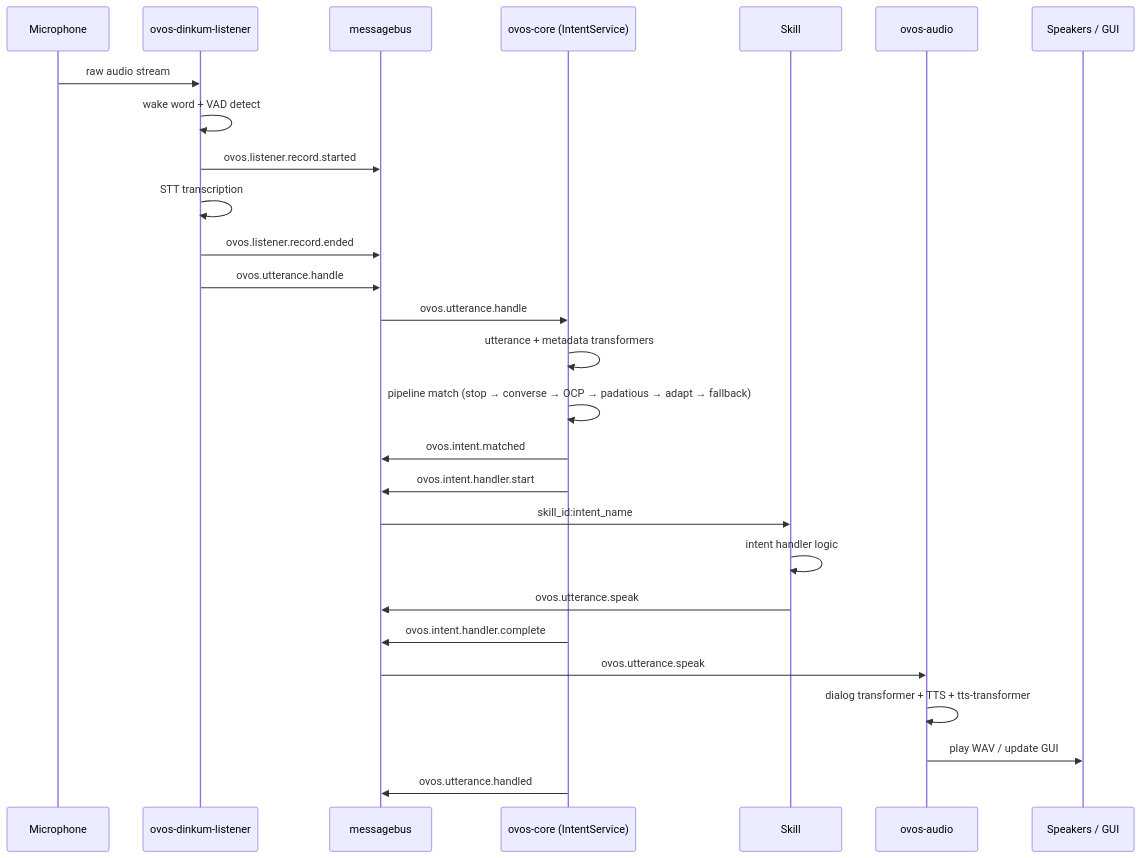
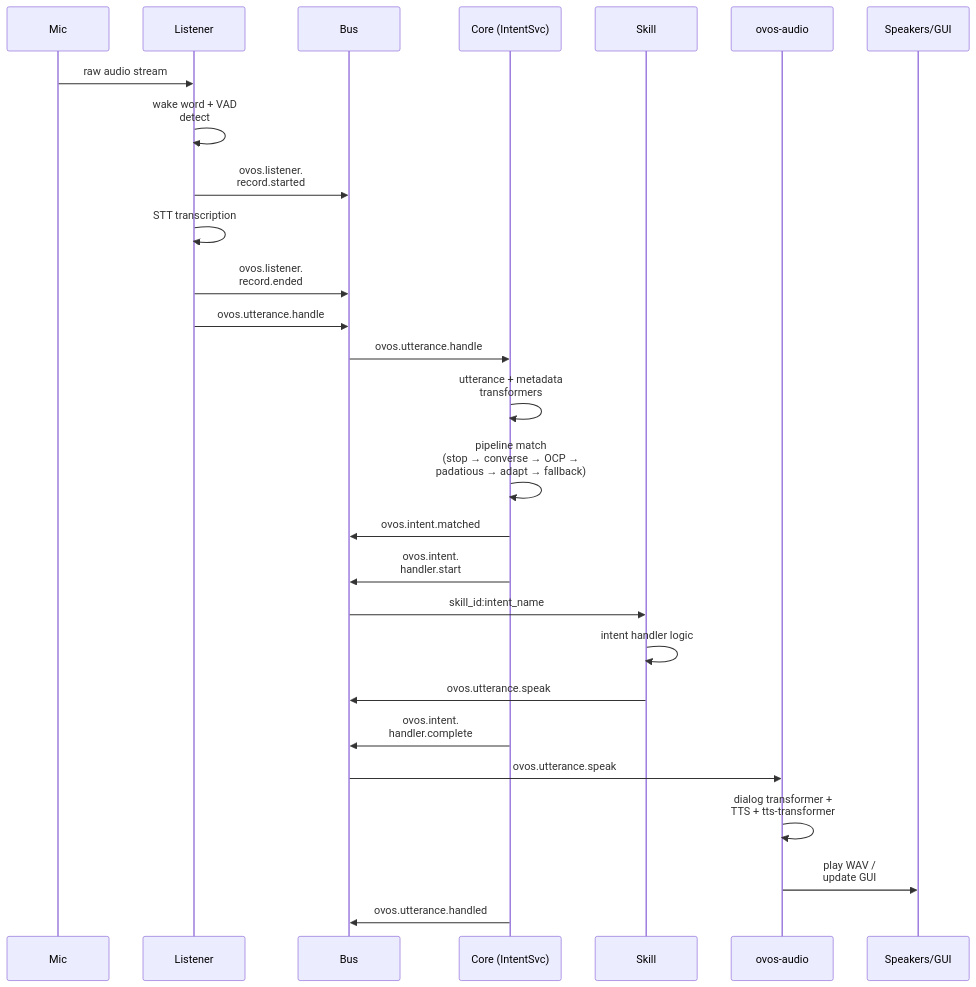
One commit to OpenVoiceOS/beta-technical-manual changed the diagram in docs/life-of-an-utterance.md. Above: the diagram before and after it, drawn with Mermaid. The commit also changed 19 other files, not shown here.

First line of the commit message:
docs: fit diagrams to the content column; arena live URL

````diff
--- a/docs/life-of-an-utterance.md
+++ b/docs/life-of-an-utterance.md
@@ -28,30 +28,30 @@
 ```mermaid
 sequenceDiagram
-    participant Mic as Microphone
-    participant Listener as ovos-dinkum-listener
-    participant Bus as messagebus
-    participant Core as ovos-core (IntentService)
+    participant Mic as Mic
+    participant Listener as Listener
+    participant Bus as Bus
+    participant Core as Core (IntentSvc)
     participant Skill as Skill
     participant Audio as ovos-audio
-    participant Speakers as Speakers / GUI
+    participant Speakers as Speakers/GUI
 
     Mic->>Listener: raw audio stream
-    Listener->>Listener: wake word + VAD detect
-    Listener->>Bus: ovos.listener.record.started
+    Listener->>Listener: wake word + VAD<br/>detect
+    Listener->>Bus: ovos.listener.<br/>record.started
     Listener->>Listener: STT transcription
-    Listener->>Bus: ovos.listener.record.ended
+    Listener->>Bus: ovos.listener.<br/>record.ended
     Listener->>Bus: ovos.utterance.handle
     Bus->>Core: ovos.utterance.handle
-    Core->>Core: utterance + metadata transformers
-    Core->>Core: pipeline match (stop → converse → OCP → padatious → adapt → fallback)
+    Core->>Core: utterance + metadata<br/>transformers
+    Core->>Core: pipeline match<br/>(stop → converse → OCP →<br/>padatious → adapt → fallback)
     Core->>Bus: ovos.intent.matched
-    Core->>Bus: ovos.intent.handler.start
+    Core->>Bus: ovos.intent.<br/>handler.start
     Bus->>Skill: skill_id:intent_name
     Skill->>Skill: intent handler logic
     Skill->>Bus: ovos.utterance.speak
-    Core->>Bus: ovos.intent.handler.complete
+    Core->>Bus: ovos.intent.<br/>handler.complete
     Bus->>Audio: ovos.utterance.speak
-    Audio->>Audio: dialog transformer + TTS + tts-transformer
-    Audio->>Speakers: play WAV / update GUI
+    Audio->>Audio: dialog transformer +<br/>TTS + tts-transformer
+    Audio->>Speakers: play WAV /<br/>update GUI
     Core->>Bus: ovos.utterance.handled
 ```
````
